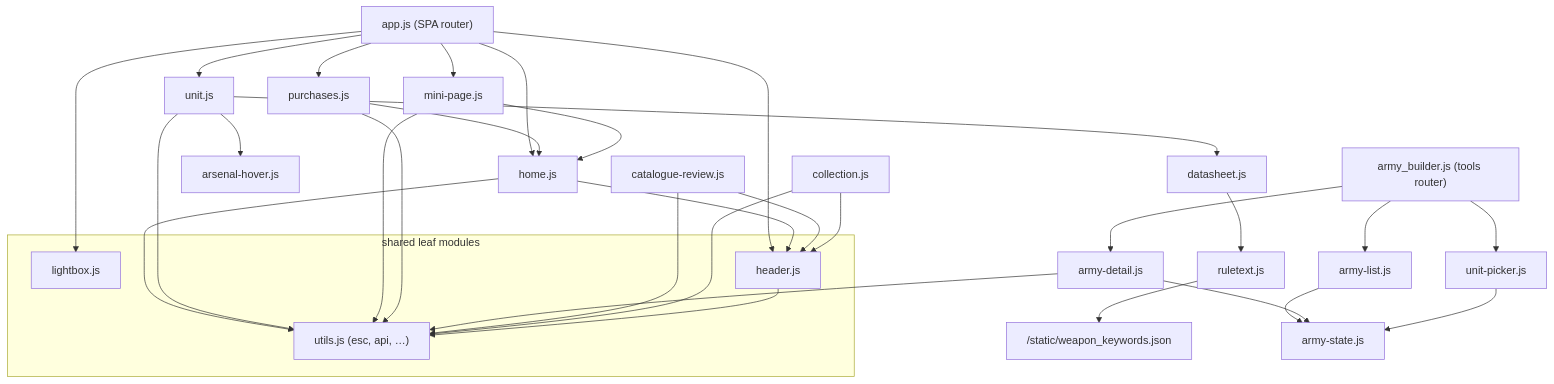
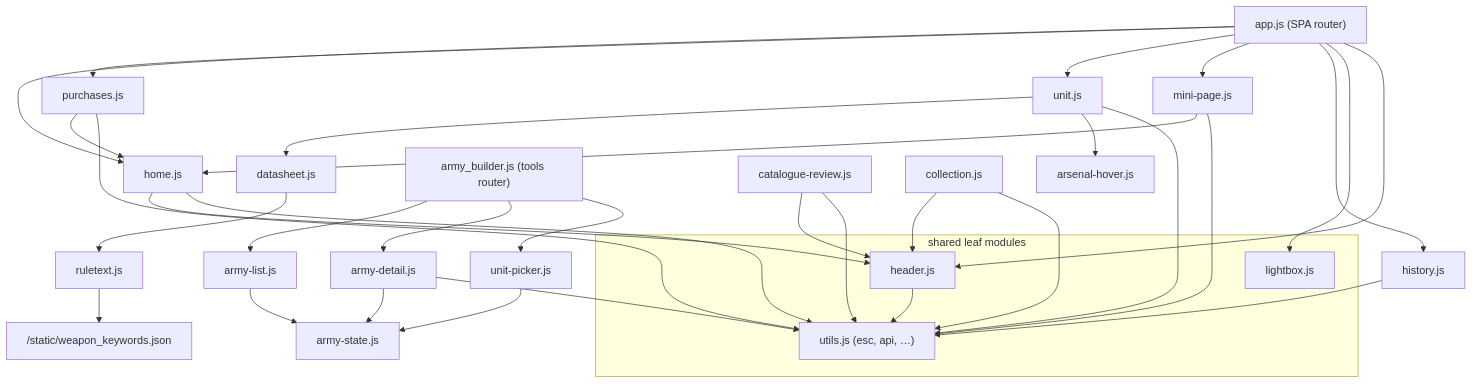
The fourth of 12 diagrams in CODEX_ARMORUM_APP_MAP.md (Unfunded8495/Codex-Armorum), drawn with Mermaid before and after one commit. The commit also changed other lines of this file and 14 other files, not shown here.

````diff
--- a/CODEX_ARMORUM_APP_MAP.md
+++ b/CODEX_ARMORUM_APP_MAP.md
@@ -162,43 +167,45 @@
 ```mermaid
 flowchart TD
     appjs["app.js (SPA router)"] --> home["home.js"]
     appjs --> purchases["purchases.js"]
     appjs --> unit["unit.js"]
     appjs --> minipage["mini-page.js"]
+    appjs --> history["history.js"]
     appjs --> lightbox["lightbox.js"]
     appjs --> header["header.js"]
 
     unit --> datasheet["datasheet.js"]
     unit --> arsenalhover["arsenal-hover.js"]
     datasheet --> ruletext["ruletext.js"]
     ruletext --> kw["/static/weapon_keywords.json"]
 
     home --> header
     purchases --> home
     minipage --> home
 
     abjs["army_builder.js (tools router)"] --> armylist["army-list.js"]
     abjs --> armydetail["army-detail.js"]
     abjs --> picker["unit-picker.js"]
     armylist --> astate["army-state.js"]
     armydetail --> astate
     picker --> astate
 
     creview["catalogue-review.js"] --> header
     collectionjs["collection.js"] --> header
 
     subgraph shared["shared leaf modules"]
         utils["utils.js (esc, api, …)"]
         header
         lightbox
     end
 
     home --> utils
     unit --> utils
     minipage --> utils
     purchases --> utils
+    history --> utils
     armydetail --> utils
     creview --> utils
     collectionjs --> utils
     header --> utils
 ```
````
